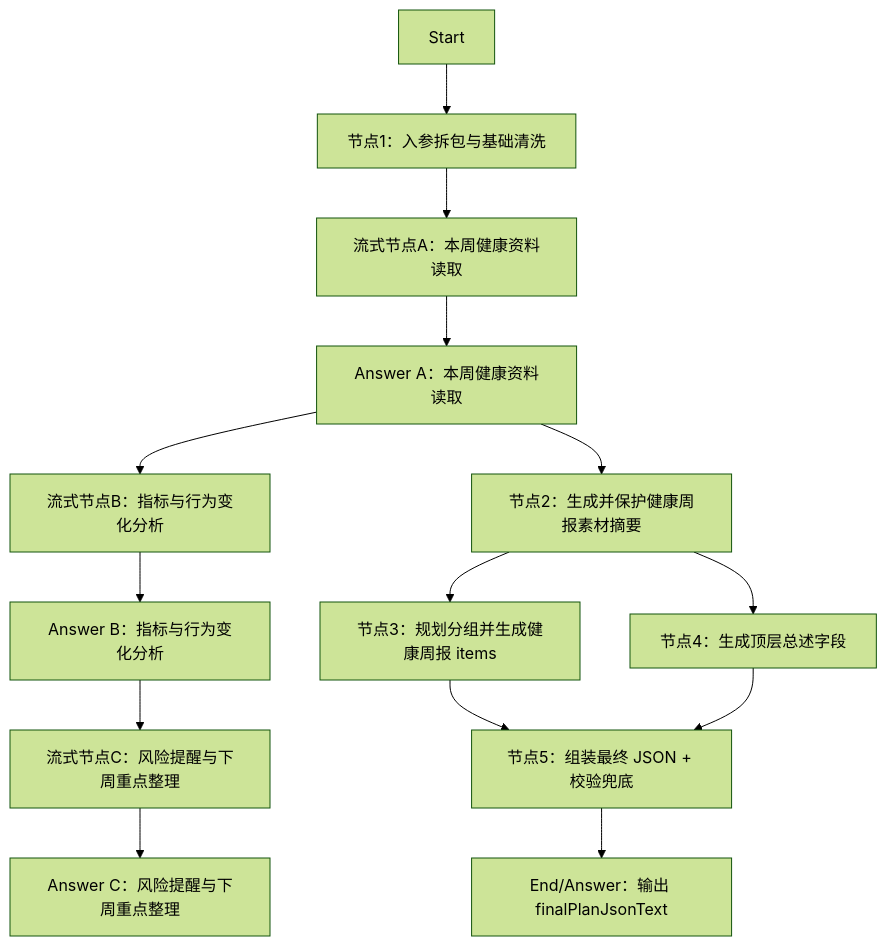
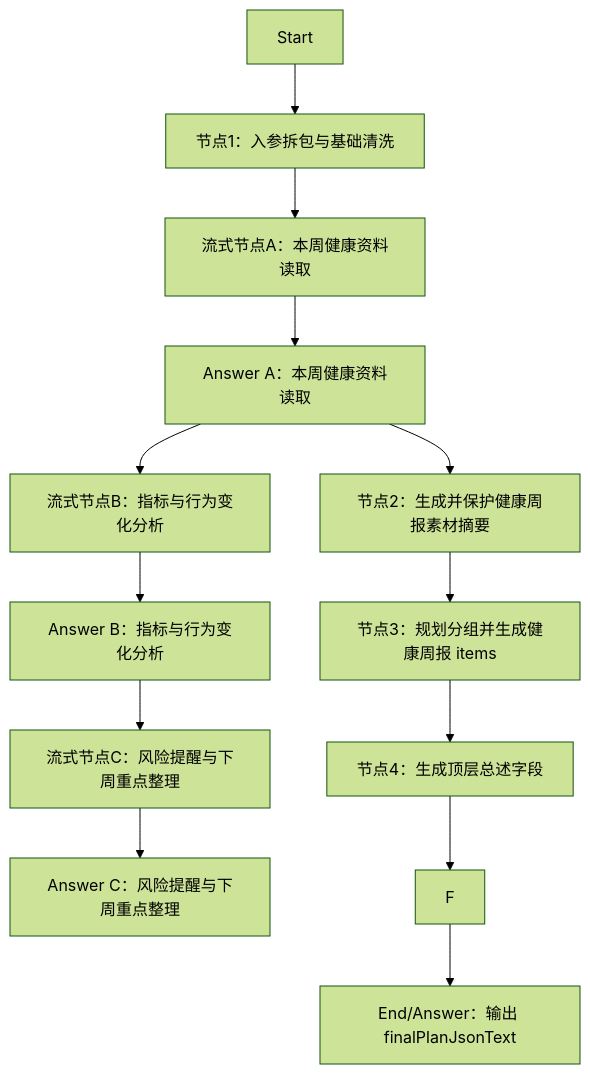
The diagram in 【专项】干预方案/02-DIFY工程/健康周报/DIFY工程-AI干预方案-健康周报/README.md (tristankeyima-beep/hcare), drawn with Mermaid (forest theme) before and after one commit. The commit also changed other lines of this file and 26 other files, not shown here.

````diff
--- a/【专项】干预方案/02-DIFY工程/健康周报/DIFY工程-AI干预方案-健康周报/README.md
+++ b/【专项】干预方案/02-DIFY工程/健康周报/DIFY工程-AI干预方案-健康周报/README.md
@@ -13,19 +13,18 @@
 ```mermaid
 flowchart TB
   A["Start"] --> B["节点1：入参拆包与基础清洗"]
 
   B --> S1["流式节点A：本周健康资料读取"]
   S1 --> AS1["Answer A：本周健康资料读取"]
   AS1 --> S2["流式节点B：指标与行为变化分析"]
   S2 --> AS2["Answer B：指标与行为变化分析"]
   AS2 --> S3["流式节点C：风险提醒与下周重点整理"]
   S3 --> AS3["Answer C：风险提醒与下周重点整理"]
 
   AS1 --> C["节点2：生成并保护健康周报素材摘要"]
   C --> D["节点3：规划分组并生成健康周报 items"]
-  C --> E["节点4：生成顶层总述字段"]
+  D --> E["节点4：生成顶层总述字段"]
 
-  D --> F["节点5：组装最终 JSON + 校验兜底"]
   E --> F
   F --> G["End/Answer：输出 finalPlanJsonText"]
 ```
````
